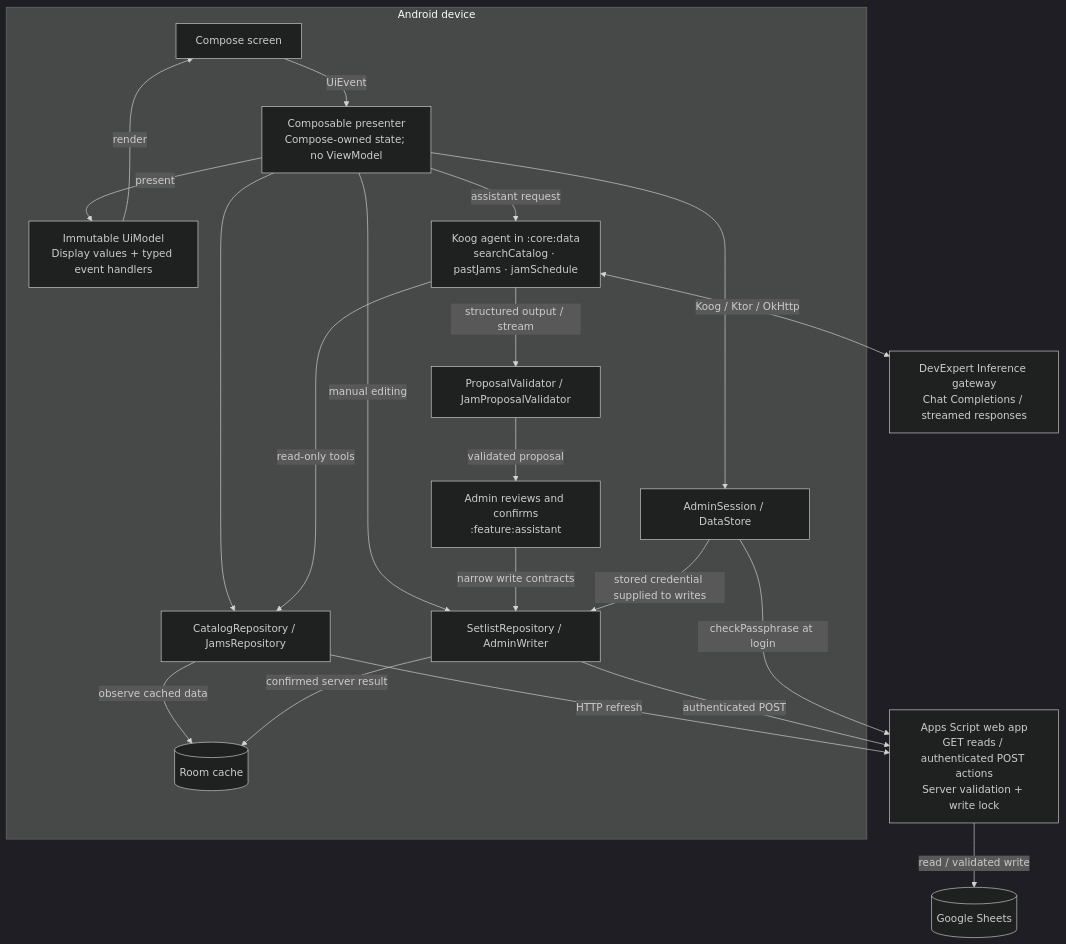
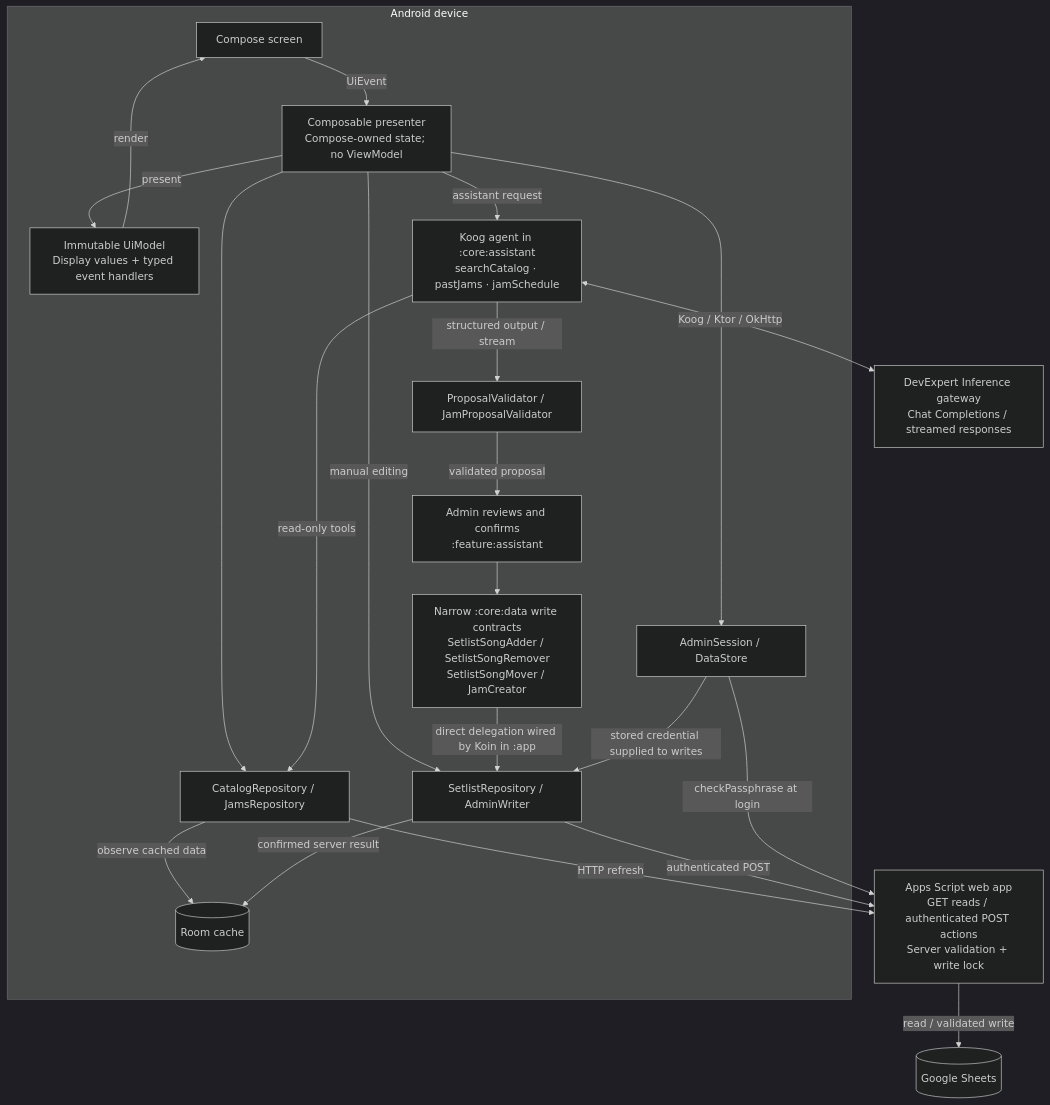
One commit to elagarrigue/bb-blues-jam changed the second of 2 diagrams in docs/architecture.md. Above: the diagram before and after it, drawn with Mermaid (dark theme). The commit also changed other lines of this file and 140 other files, not shown here.

First line of the commit message:
refactor: complete core-assistant-module

````diff
--- a/docs/architecture.md
+++ b/docs/architecture.md
@@ -46,37 +49,39 @@
 ```mermaid
 flowchart TB
     subgraph phone["Android device"]
         screen["Compose screen"]
         presenter["Composable presenter<br/>Compose-owned state; no ViewModel"]
         uimodel["Immutable UiModel<br/>Display values + typed event handlers"]
         reads["CatalogRepository / JamsRepository"]
         cache[("Room cache")]
         session["AdminSession / DataStore"]
         repo["SetlistRepository / AdminWriter"]
-        agent["Koog agent in :core:data<br/>searchCatalog · pastJams · jamSchedule"]
+        agent["Koog agent in :core:assistant<br/>searchCatalog · pastJams · jamSchedule"]
         validator["ProposalValidator / JamProposalValidator"]
         confirm["Admin reviews and confirms<br/>:feature:assistant"]
+        writes["Narrow :core:data write contracts<br/>SetlistSongAdder / SetlistSongRemover<br/>SetlistSongMover / JamCreator"]
         screen -->|UiEvent| presenter
         presenter -->|present| uimodel
         uimodel -->|render| screen
         presenter --> reads
         reads -->|observe cached data| cache
         presenter --> session
         presenter -->|manual editing| repo
         presenter -->|assistant request| agent
         agent -->|read-only tools| reads
         agent -->|structured output / stream| validator
         validator -->|validated proposal| confirm
-        confirm -->|narrow write contracts| repo
+        confirm --> writes
+        writes -->|direct delegation wired by Koin in :app| repo
         repo -->|confirmed server result| cache
         session -->|stored credential supplied to writes| repo
     end
     gateway["DevExpert Inference gateway<br/>Chat Completions / streamed responses"]
     backend["Apps Script web app<br/>GET reads / authenticated POST actions<br/>Server validation + write lock"]
     sheet[("Google Sheets")]
     reads -->|HTTP refresh| backend
     repo -->|authenticated POST| backend
     session -->|checkPassphrase at login| backend
     agent <-->|Koog / Ktor / OkHttp| gateway
     backend -->|read / validated write| sheet
 ```
````
